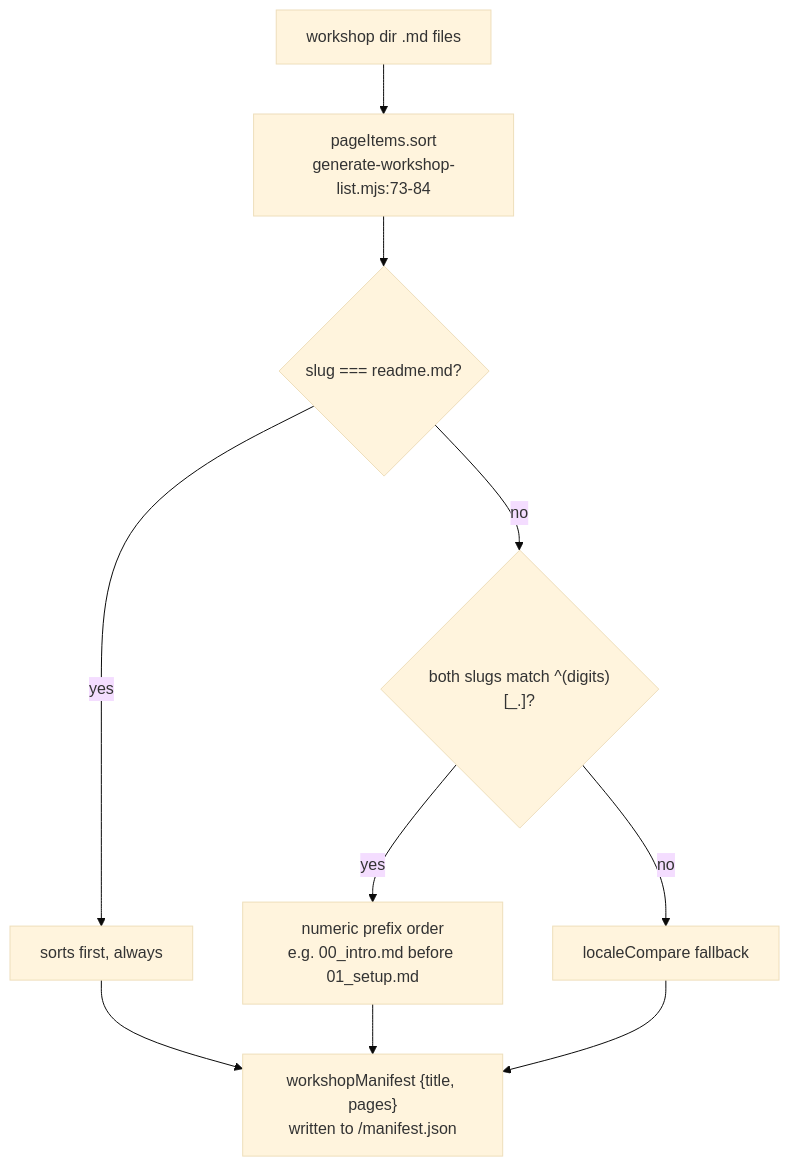
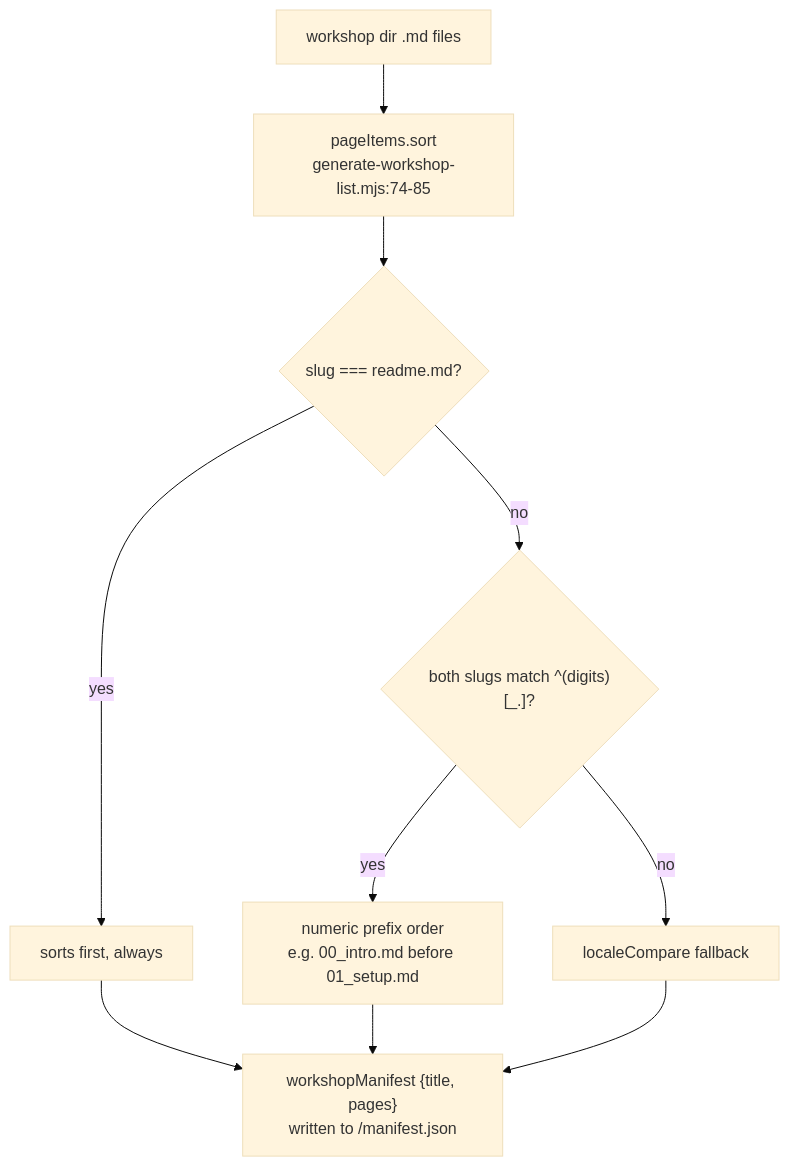
The second of 7 diagrams in docs/diagrams/dreamlab-ai-website/06-content-pipeline-and-invariants-register.md (DreamLab-AI/VisionFlow), drawn with Mermaid (base theme) before and after one commit. The commit also changed other lines of this file and 59 other files, not shown here.

First line of the commit message:
docs(diagrams): re-derive and re-stamp forum, website, pod, ontomark and sealmap topics

````diff
--- a/docs/diagrams/dreamlab-ai-website/06-content-pipeline-and-invariants-register.md
+++ b/docs/diagrams/dreamlab-ai-website/06-content-pipeline-and-invariants-register.md
@@ -59,12 +59,12 @@
 ```mermaid
 flowchart TB
-    FILES["workshop dir .md files"] --> SORT["pageItems.sort<br/>generate-workshop-list.mjs:73-84"]
+    FILES["workshop dir .md files"] --> SORT["pageItems.sort<br/>generate-workshop-list.mjs:74-85"]
     SORT --> R1{"slug === readme.md?"}
     R1 -->|yes| FIRST["sorts first, always"]
     R1 -->|no| R2{"both slugs match ^(digits)[_.]?"}
     R2 -->|yes| NUMERIC["numeric prefix order<br/>e.g. 00_intro.md before 01_setup.md"]
     R2 -->|no| ALPHA["localeCompare fallback"]
     FIRST --> MANIFEST["workshopManifest {title, pages}<br/>written to <workshop>/manifest.json"]
     NUMERIC --> MANIFEST
     ALPHA --> MANIFEST
 ```
````
